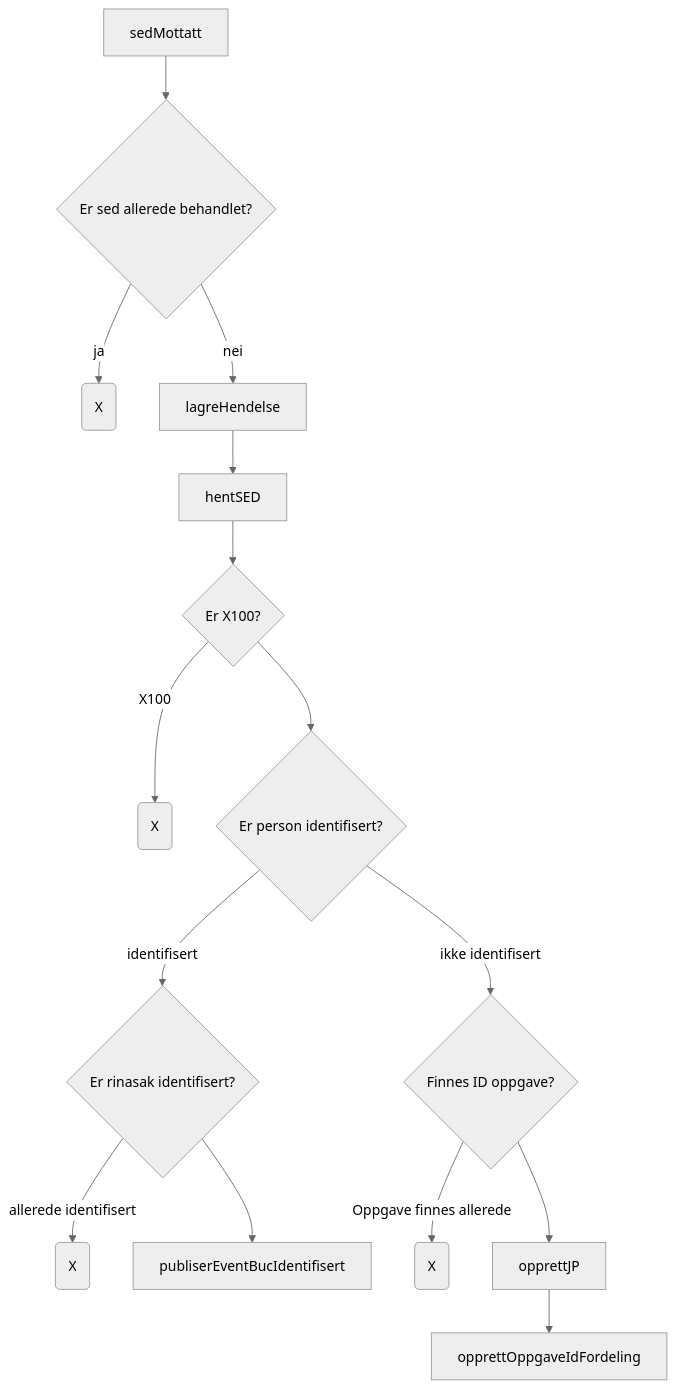
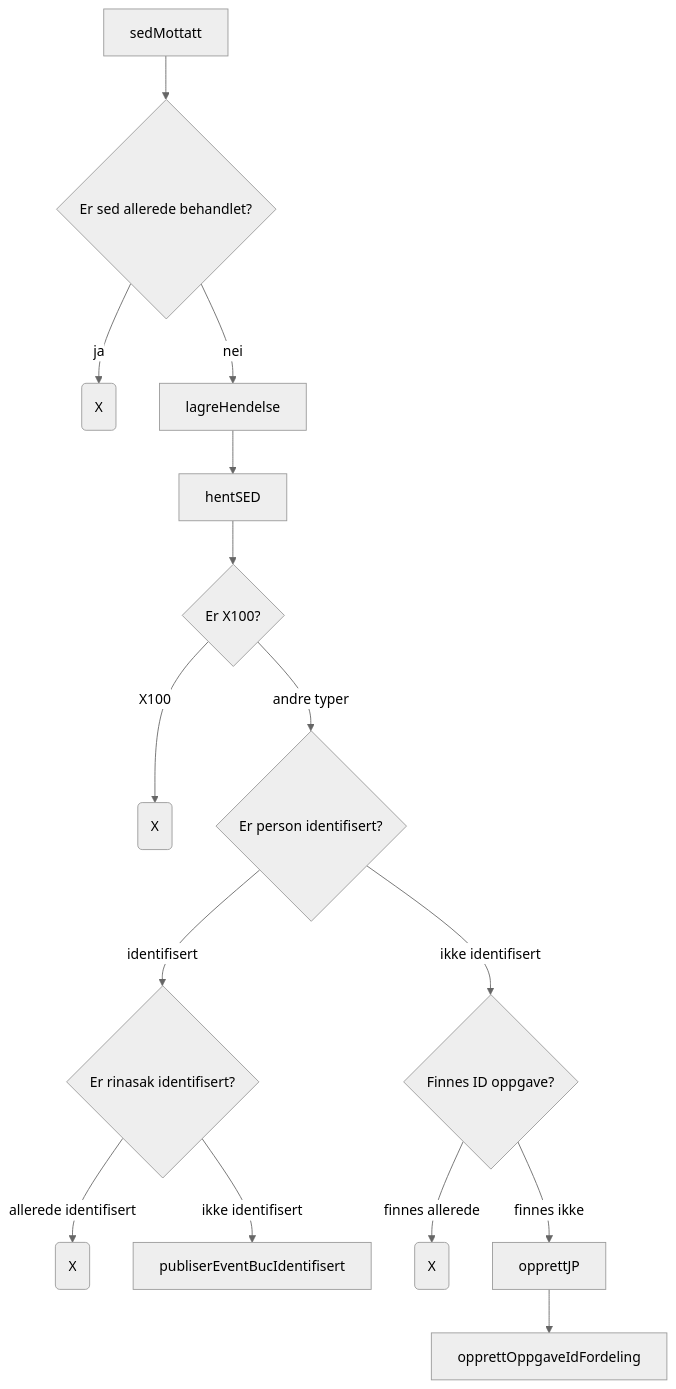
Before and after one commit to navikt/melosys-eessi: the diagram in diagrammer/SedMottak.md, drawn with Mermaid (neutral theme). The commit also changed other lines of this file and 1 other file, not shown here.

Commit message:
Mer utfyllende mermaidkode

````diff
--- a/diagrammer/SedMottak.md
+++ b/diagrammer/SedMottak.md
@@ -1,20 +2,20 @@
 ```mermaid
 flowchart
     sedMottatt --> sedAlleredeBehandlet{Er sed allerede behandlet?}
-    sedAlleredeBehandlet --> |ja| allederedeBehandlet(X)
-    sedAlleredeBehandlet --> |nei| lagreHendelse
+    sedAlleredeBehandlet --ja--> allederedeBehandlet(X)
+    sedAlleredeBehandlet --nei--> lagreHendelse
 
     lagreHendelse --> hentSED
     hentSED --> sedType{Er X100?}
-    sedType --> |X100| sedErX100(X)
-    sedType --> identifiserPerson{Er person identifisert?}
+    sedType --X100--> sedErX100(X)
+    sedType --andre typer--> identifiserPerson{Er person identifisert?}
 
-    identifiserPerson --> |identifisert| erRinasakIdentifisert{Er rinasak identifisert?}
-    erRinasakIdentifisert --> |allerede identifisert| rinasakIdentifisert(X)
-    erRinasakIdentifisert --> publiserEventBucIdentifisert
+    identifiserPerson -- identifisert --> erRinasakIdentifisert{Er rinasak identifisert?}
+    erRinasakIdentifisert --allerede identifisert--> rinasakIdentifisert(X)
+    erRinasakIdentifisert --ikke identifisert--> publiserEventBucIdentifisert
 
-    identifiserPerson --> |ikke identifisert| finnesOppgaveAllerede{Finnes ID oppgave?}
-    finnesOppgaveAllerede --> |Oppgave finnes allerede| oppgaveFinnesAllerede(X)
-    finnesOppgaveAllerede --> opprettJP
+    identifiserPerson --ikke identifisert--> finnesOppgaveAllerede{Finnes ID oppgave?}
+    finnesOppgaveAllerede --finnes allerede--> oppgaveFinnesAllerede(X)
+    finnesOppgaveAllerede --finnes ikke--> opprettJP
     opprettJP --> opprettOppgaveIdFordeling
 ```
````
